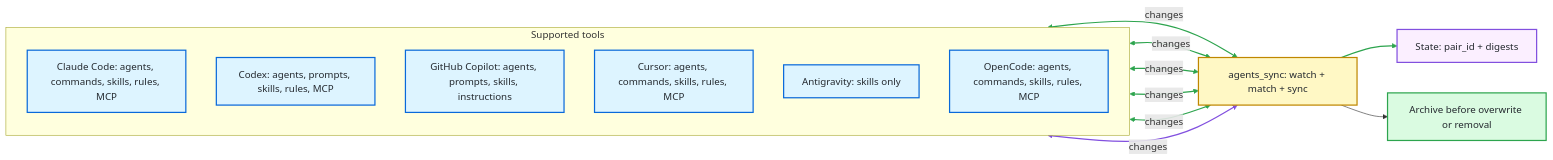
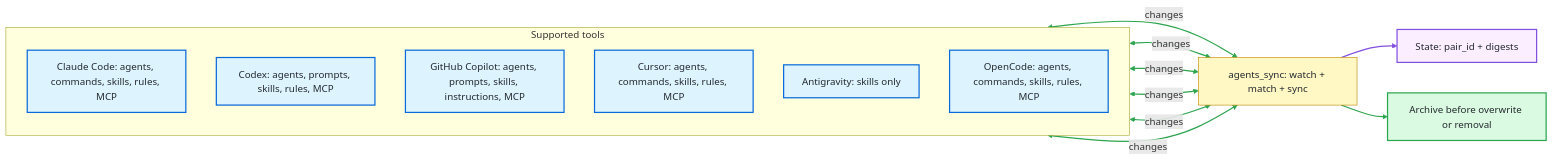
The diagram in README.md (cognitivesand/agents_sync), drawn with Mermaid before and after one commit. The commit also changed other lines of this file and 4 other files, not shown here.

Commit message:
Add Copilot MCP server sync

````diff
--- a/README.md
+++ b/README.md
@@ -67,39 +67,39 @@
 ```mermaid
 flowchart LR
     subgraph Tools["Supported tools"]
         direction TB
         Claude["Claude Code: agents, commands, skills, rules, MCP"]
         Codex["Codex: agents, prompts, skills, rules, MCP"]
-        Copilot["GitHub Copilot: agents, prompts, skills, instructions"]
+        Copilot["GitHub Copilot: agents, prompts, skills, instructions, MCP"]
         Cursor["Cursor: agents, commands, skills, rules, MCP"]
         Antigravity["Antigravity: skills only"]
         Opencode["OpenCode: agents, commands, skills, rules, MCP"]
     end
 
     Sync["agents_sync: watch + match + sync"]
     State["State: pair_id + digests"]
     Archive["Archive before overwrite or removal"]
 
     Claude <-->|changes| Sync
     Codex <-->|changes| Sync
     Copilot <-->|changes| Sync
     Cursor <-->|changes| Sync
     Antigravity <-->|changes| Sync
     Opencode <-->|changes| Sync
     Sync --> State
     Sync --> Archive
 
     classDef side fill:#ddf4ff,stroke:#0969da,stroke-width:2px,color:#24292f
-    classDef sync fill:#fff8c5,stroke:#bf8700,stroke-width:2px,color:#24292f
+    classDef sync fill:#fff8c5,stroke:#bf8700,color:#24292f
     classDef state fill:#fbefff,stroke:#8250df,stroke-width:2px,color:#24292f
     classDef archive fill:#dafbe1,stroke:#2da44e,stroke-width:2px,color:#24292f
 
     class Claude,Codex,Copilot,Cursor,Antigravity,Opencode side
     class Sync sync
     class State state
     class Archive archive
 
-    linkStyle 0,1,2,3,4 stroke:#2da44e,stroke-width:2px
-    linkStyle 5 stroke:#8250df,stroke-width:2px
-    linkStyle 6 stroke:#2da44e,stroke-width:2px
+    linkStyle 0,1,2,3,4,5 stroke:#2da44e,stroke-width:2px
+    linkStyle 6 stroke:#8250df,stroke-width:2px
+    linkStyle 7 stroke:#2da44e,stroke-width:2px
 ```
````
